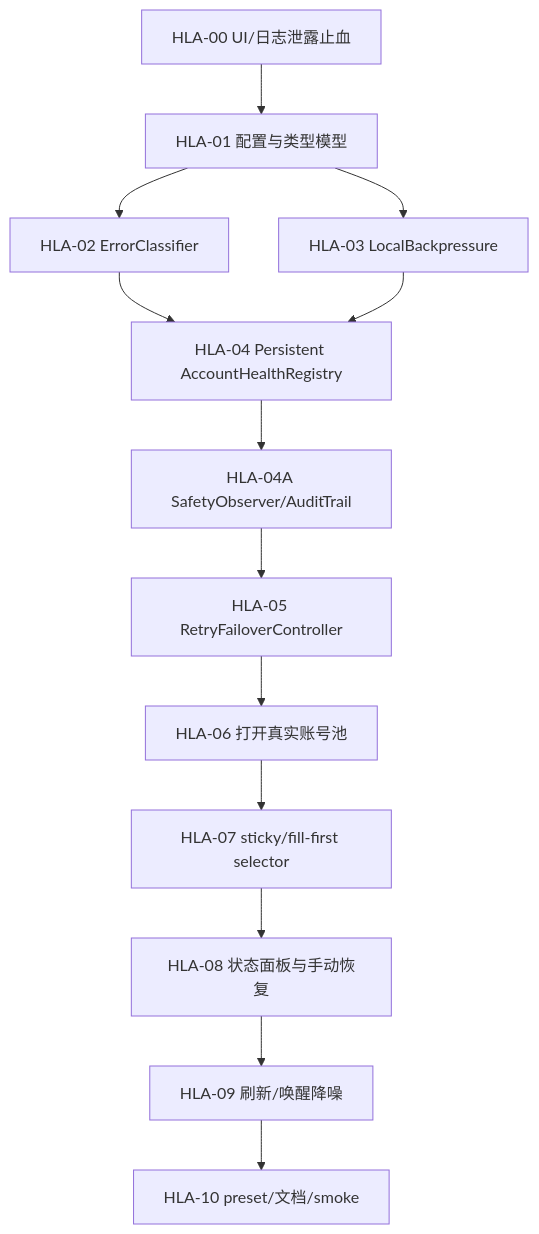
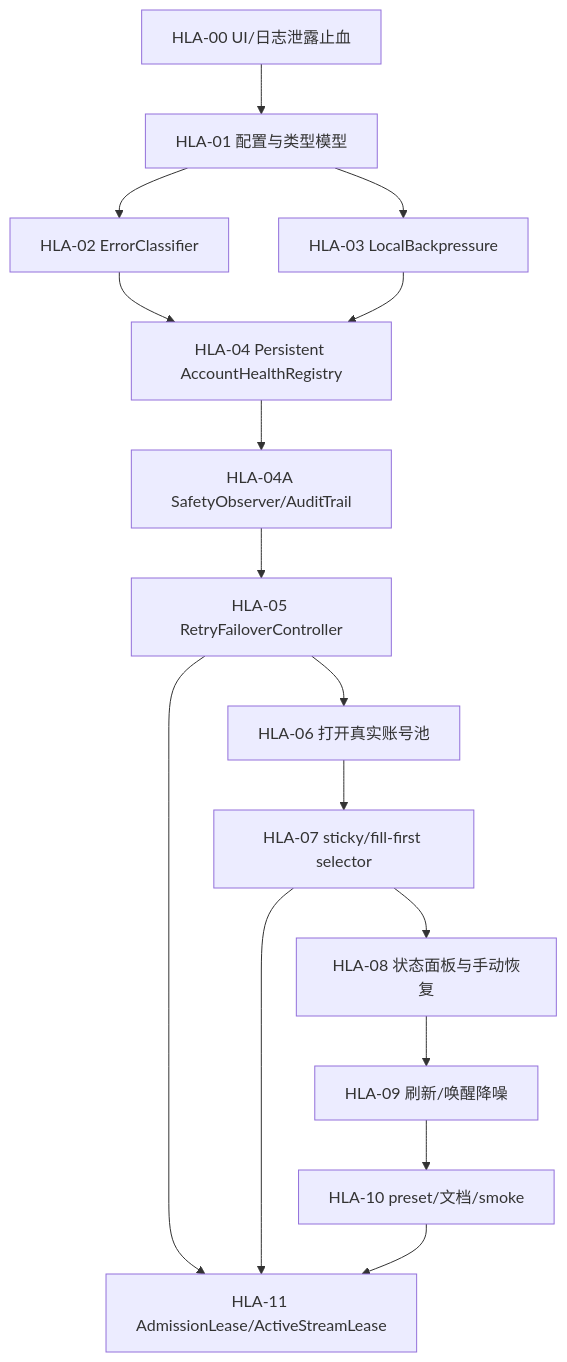
The diagram in docs/LOCAL_HARDENED_API_IMPLEMENTATION_PLAN.md (sciman-top/cockpit-tools-local), drawn with Mermaid before and after one commit. The commit also changed other lines of this file and 4 other files, not shown here.

Commit message:
Add HLA-11 admission lease guards and docs

````diff
--- a/docs/LOCAL_HARDENED_API_IMPLEMENTATION_PLAN.md
+++ b/docs/LOCAL_HARDENED_API_IMPLEMENTATION_PLAN.md
@@ -89,15 +89,18 @@
 ```mermaid
 flowchart TD
   HLA00["HLA-00 UI/日志泄露止血"] --> HLA01["HLA-01 配置与类型模型"]
   HLA01 --> HLA02["HLA-02 ErrorClassifier"]
   HLA01 --> HLA03["HLA-03 LocalBackpressure"]
   HLA02 --> HLA04["HLA-04 Persistent AccountHealthRegistry"]
   HLA03 --> HLA04
   HLA04 --> HLA04A["HLA-04A SafetyObserver/AuditTrail"]
   HLA04A --> HLA05["HLA-05 RetryFailoverController"]
   HLA05 --> HLA06["HLA-06 打开真实账号池"]
   HLA06 --> HLA07["HLA-07 sticky/fill-first selector"]
   HLA07 --> HLA08["HLA-08 状态面板与手动恢复"]
   HLA08 --> HLA09["HLA-09 刷新/唤醒降噪"]
   HLA09 --> HLA10["HLA-10 preset/文档/smoke"]
+  HLA05 --> HLA11["HLA-11 AdmissionLease/ActiveStreamLease"]
+  HLA07 --> HLA11
+  HLA10 --> HLA11
 ```
````
